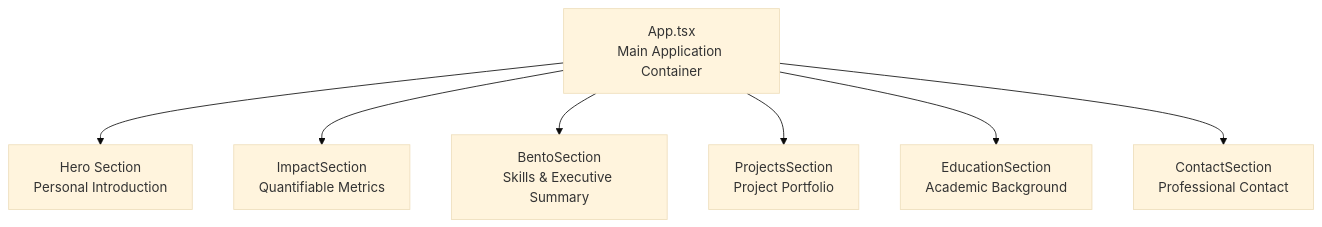
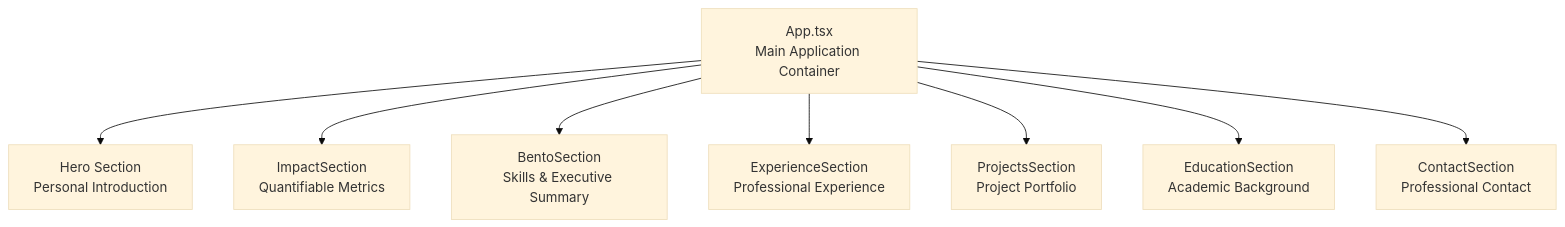
Before and after one commit to subash7781/Portfolio: the first of 7 diagrams in .qoder/repowiki/en/content/Component Library & UI Elements/ImpactSection Component.md, drawn with Mermaid (base theme). The commit also changed other lines of this file and 6 other files, not shown here.

````diff
--- a/.qoder/repowiki/en/content/Component Library & UI Elements/ImpactSection Component.md
+++ b/.qoder/repowiki/en/content/Component Library & UI Elements/ImpactSection Component.md
@@ -30,9 +38,10 @@
 ```mermaid
 graph TB
 App["App.tsx<br/>Main Application Container"] --> Hero["Hero Section<br/>Personal Introduction"]
 App --> Impact["ImpactSection<br/>Quantifiable Metrics"]
 App --> Bento["BentoSection<br/>Skills & Executive Summary"]
+App --> Experience["ExperienceSection<br/>Professional Experience"]
 App --> Projects["ProjectsSection<br/>Project Portfolio"]
 App --> Education["EducationSection<br/>Academic Background"]
 App --> Contact["ContactSection<br/>Professional Contact"]
 ```
````
